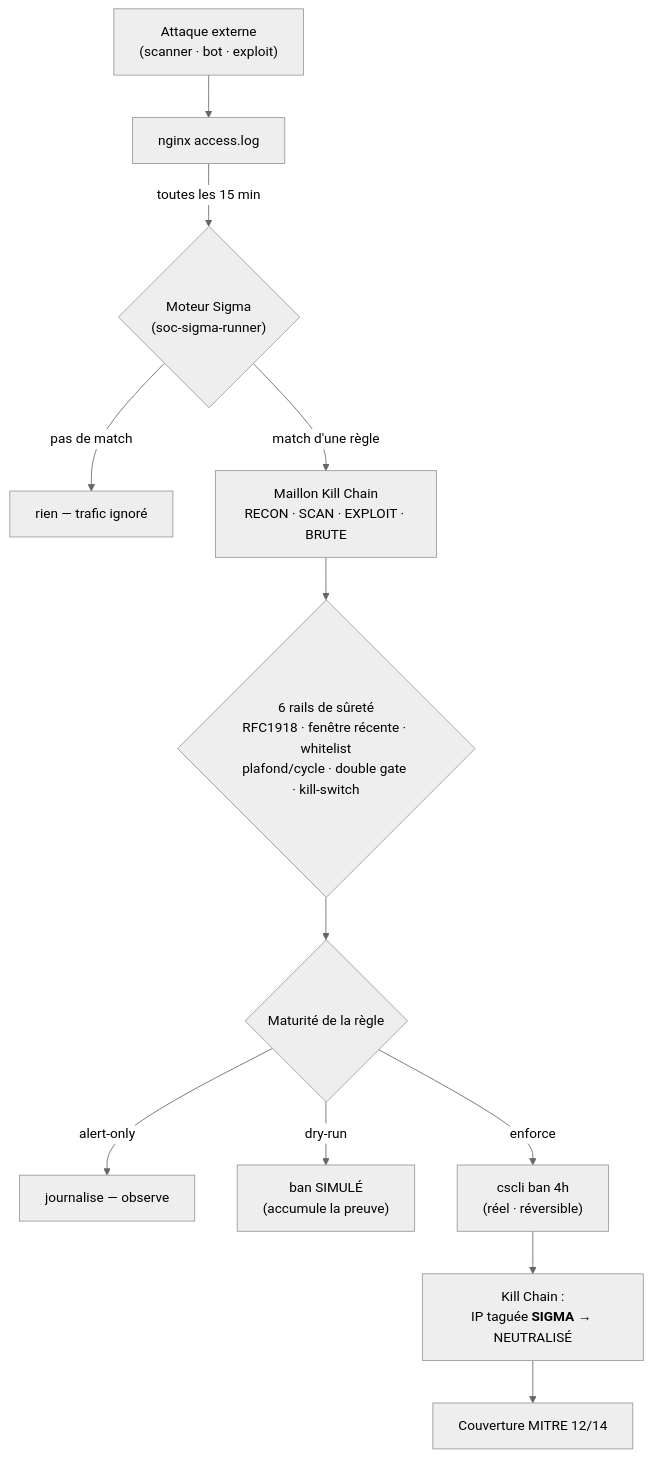
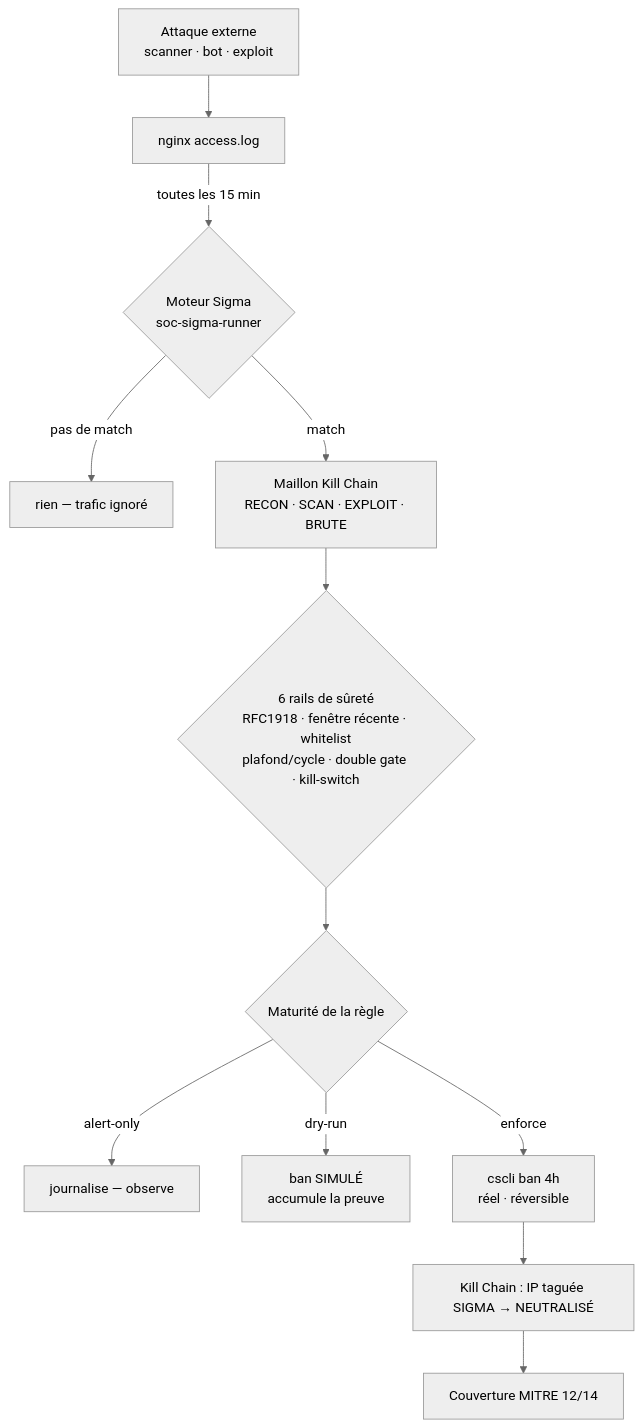
One commit to 0xCyberLiTech/SOC changed the diagram in 05-CHAINE-DEFENSE.md. Above: the diagram before and after it, drawn with Mermaid (neutral theme).

Commit message:
fix(vitrine): diagramme Mermaid 05 rendu KO sur GitHub
GitHub affichait "Unable to render rich display" : syntaxe rejetee par
le parser strict de GitHub.

Corrections (rendu uniquement, contenu inchange, 0 IP/secret) :
- <b>SIGMA</b> -> SIGMA (HTML non-<br> interdit dans un label)
- <br/> -> <br> (auto-fermant remplace)
- parentheses retirees des labels
- label de fleche "match d'une regle" -> "match" (apostrophe/accents KO en edge label)

Accents/middots restent OK : ils sont dans des labels entre guillemets.

````diff
--- a/05-CHAINE-DEFENSE.md
+++ b/05-CHAINE-DEFENSE.md
@@ -212,14 +212,14 @@
 ```mermaid
 flowchart TD
-    A["Attaque externe<br/>(scanner · bot · exploit)"] --> B["nginx access.log"]
-    B -->|toutes les 15 min| C{"Moteur Sigma<br/>(soc-sigma-runner)"}
+    A["Attaque externe<br>scanner · bot · exploit"] --> B["nginx access.log"]
+    B -->|toutes les 15 min| C{"Moteur Sigma<br>soc-sigma-runner"}
     C -->|pas de match| Z["rien — trafic ignoré"]
-    C -->|match d'une règle| D["Maillon Kill Chain<br/>RECON · SCAN · EXPLOIT · BRUTE"]
-    D --> E{"6 rails de sûreté<br/>RFC1918 · fenêtre récente · whitelist<br/>plafond/cycle · double gate · kill-switch"}
+    C -->|match| D["Maillon Kill Chain<br>RECON · SCAN · EXPLOIT · BRUTE"]
+    D --> E{"6 rails de sûreté<br>RFC1918 · fenêtre récente · whitelist<br>plafond/cycle · double gate · kill-switch"}
     E --> F{"Maturité de la règle"}
     F -->|alert-only| G["journalise — observe"]
-    F -->|dry-run| H["ban SIMULÉ<br/>(accumule la preuve)"]
-    F -->|enforce| I["cscli ban 4h<br/>(réel · réversible)"]
-    I --> J["Kill Chain :<br/>IP taguée <b>SIGMA</b> → NEUTRALISÉ"]
+    F -->|dry-run| H["ban SIMULÉ<br>accumule la preuve"]
+    F -->|enforce| I["cscli ban 4h<br>réel · réversible"]
+    I --> J["Kill Chain : IP taguée SIGMA → NEUTRALISÉ"]
     J --> K["Couverture MITRE 12/14"]
 ```
````
